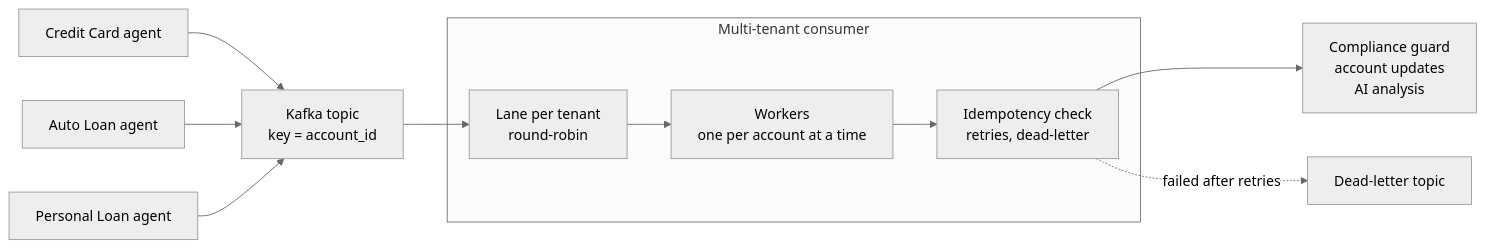
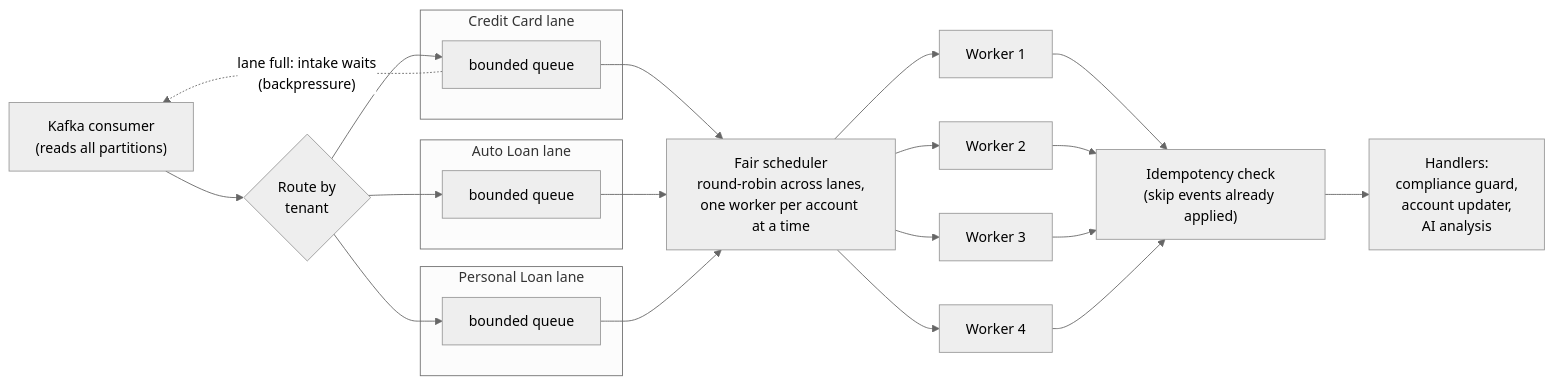
Before and after one commit to eresh-thekbr/multi-tenant-streaming: the fourth of 4 diagrams in README.md, drawn with Mermaid (neutral theme). The commit also changed other lines of this file, not shown here.

Commit message:
Bring back the architecture, problem and design diagrams in the README

````diff
--- a/README.md
+++ b/README.md
@@ -34,13 +145,36 @@
 ```mermaid
 flowchart LR
-    CC["Credit Card agent"] --> T
-    AL["Auto Loan agent"] --> T
-    PL["Personal Loan agent"] --> T
-    T["Kafka topic<br/>key = account_id"] --> D
-    subgraph S["Multi-tenant consumer"]
-        D["Lane per tenant<br/>round-robin"] --> W["Workers<br/>one per account at a time"]
-        W --> P["Idempotency check<br/>retries, dead-letter"]
+    K["Kafka consumer<br/>(reads all partitions)"] --> R{"Route by<br/>tenant"}
+
+    subgraph L1["Credit Card lane"]
+        Q1["bounded queue"]
     end
-    P --> H["Compliance guard<br/>account updates<br/>AI analysis"]
-    P -. "failed after retries" .-> DLQ["Dead-letter topic"]
+    subgraph L2["Auto Loan lane"]
+        Q2["bounded queue"]
+    end
+    subgraph L3["Personal Loan lane"]
+        Q3["bounded queue"]
+    end
+
+    R --> Q1
+    R --> Q2
+    R --> Q3
+
+    S["Fair scheduler<br/>round-robin across lanes,<br/>one worker per account at a time"]
+    Q1 --> S
+    Q2 --> S
+    Q3 --> S
+
+    S --> W1["Worker 1"]
+    S --> W2["Worker 2"]
+    S --> W3["Worker 3"]
+    S --> W4["Worker 4"]
+
+    W1 --> ID["Idempotency check<br/>(skip events already applied)"]
+    W2 --> ID
+    W3 --> ID
+    W4 --> ID
+    ID --> H["Handlers:<br/>compliance guard,<br/>account updater,<br/>AI analysis"]
+
+    Q1 -. "lane full: intake waits<br/>(backpressure)" .-> K
 ```
````
